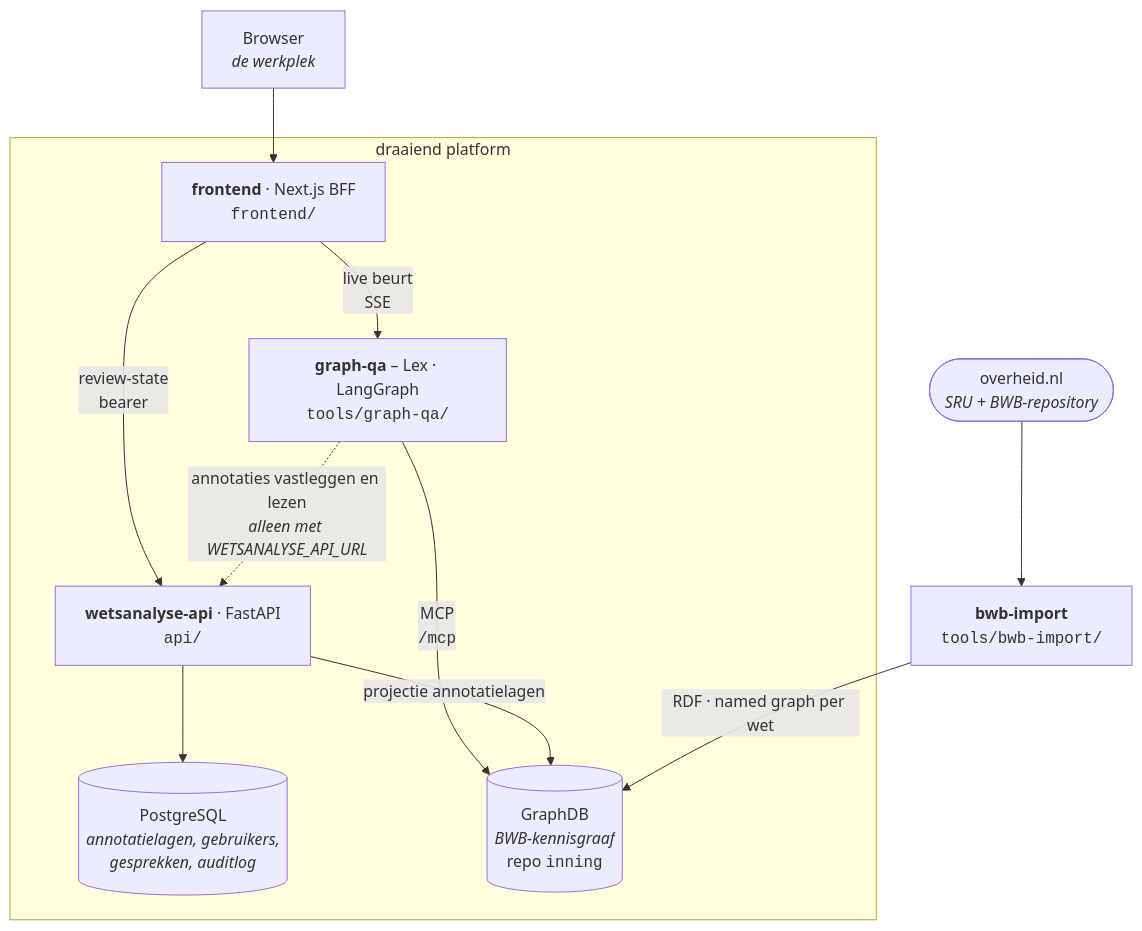
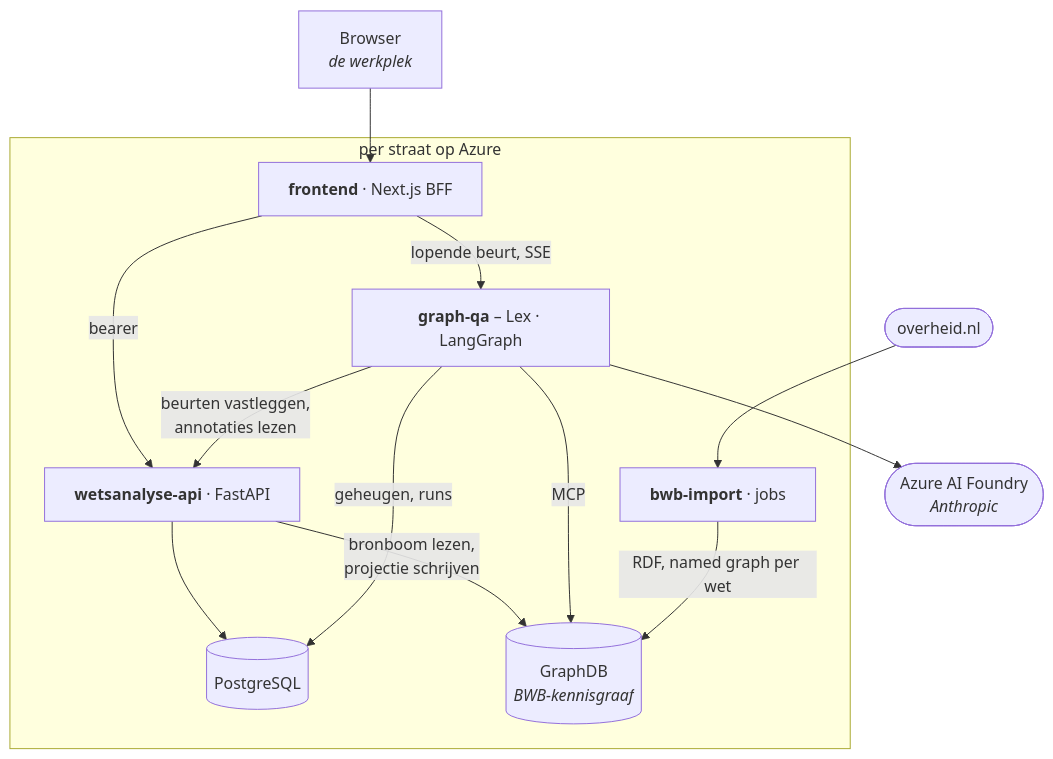
One commit to palmw01/wetsanalyse-ai changed the diagram in README.md. Above: the diagram before and after it, drawn with Mermaid. The commit also changed other lines of this file and 15 other files, not shown here.

````diff
--- a/README.md
+++ b/README.md
@@ -42,25 +54,28 @@
 ```mermaid
 flowchart TB
     Browser["Browser<br/><i>de werkplek</i>"]
 
-    subgraph platform ["draaiend platform"]
-        FE["<b>frontend</b> · Next.js BFF<br/><code>frontend/</code>"]
-        API["<b>wetsanalyse-api</b> · FastAPI<br/><code>api/</code>"]
-        QA["<b>graph-qa</b> – Lex · LangGraph<br/><code>tools/graph-qa/</code>"]
-        PG[("PostgreSQL<br/><i>annotatielagen, gebruikers,<br/>gesprekken, auditlog</i>")]
-        GDB[("GraphDB<br/><i>BWB-kennisgraaf</i><br/>repo <code>inning</code>")]
+    subgraph straat ["per straat op Azure"]
+        FE["<b>frontend</b> · Next.js BFF"]
+        API["<b>wetsanalyse-api</b> · FastAPI"]
+        QA["<b>graph-qa</b> – Lex · LangGraph"]
+        PG[("PostgreSQL")]
+        GDB[("GraphDB<br/><i>BWB-kennisgraaf</i>")]
+        IMP["<b>bwb-import</b> · jobs"]
     end
 
-    IMP["<b>bwb-import</b><br/><code>tools/bwb-import/</code>"]
-    OVH(["overheid.nl<br/><i>SRU + BWB-repository</i>"])
+    LLM(["Azure AI Foundry<br/><i>Anthropic</i>"])
+    OVH(["overheid.nl"])
 
     Browser --> FE
-    FE -->|"review-state<br/>bearer"| API
-    FE -->|"live beurt<br/>SSE"| QA
+    FE -->|"bearer"| API
+    FE -->|"lopende beurt, SSE"| QA
     API --> PG
-    QA -->|"MCP<br/><code>/mcp</code>"| GDB
-    QA -.->|"annotaties vastleggen en lezen<br/><i>alleen met WETSANALYSE_API_URL</i>"| API
-    API -->|"projectie annotatielagen"| GDB
+    API -->|"bronboom lezen,<br/>projectie schrijven"| GDB
+    QA -->|"MCP"| GDB
+    QA -->|"beurten vastleggen,<br/>annotaties lezen"| API
+    QA -->|"geheugen, runs"| PG
+    QA --> LLM
     OVH --> IMP
-    IMP -->|"RDF · named graph per wet"| GDB
+    IMP -->|"RDF, named graph per wet"| GDB
 ```
````
